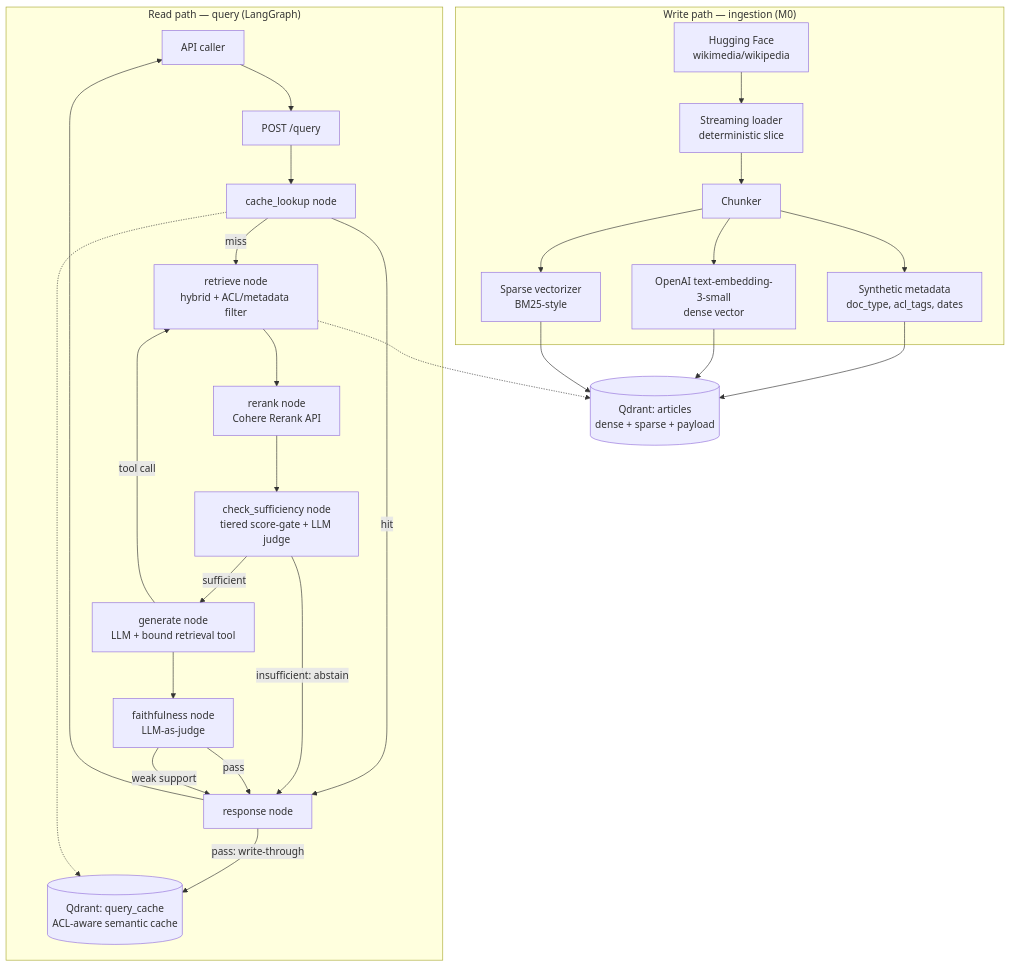
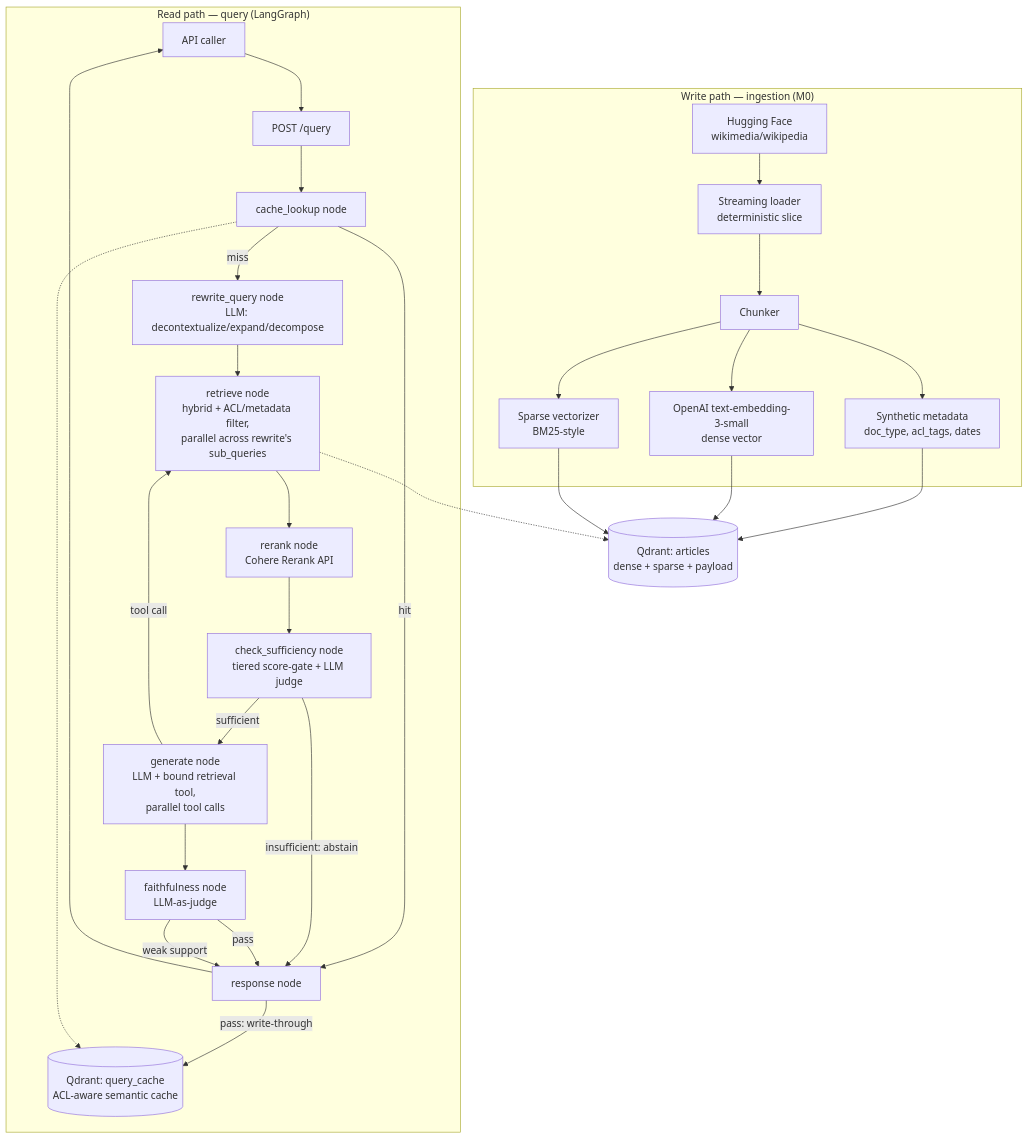
Before and after one commit to rishav91/Grounded-RAG-over-Wikipedia-articles-dataset: the first of 3 diagrams in docs/ARCHITECTURE.md, drawn with Mermaid. The commit also changed other lines of this file and 3 other files, not shown here.

First line of the commit message:
docs: M5 design — query rewriting (ADR-011) and parallel tool calls (ADR-012)

````diff
--- a/docs/ARCHITECTURE.md
+++ b/docs/ARCHITECTURE.md
@@ -33,50 +33,52 @@
 ```mermaid
 flowchart TB
     subgraph WritePath["Write path — ingestion (M0)"]
         HF["Hugging Face\nwikimedia/wikipedia"]
         Loader["Streaming loader\ndeterministic slice"]
         Chunker["Chunker"]
         Meta["Synthetic metadata\ndoc_type, acl_tags, dates"]
         Embed["OpenAI text-embedding-3-small\ndense vector"]
         Sparse["Sparse vectorizer\nBM25-style"]
 
         HF --> Loader --> Chunker --> Meta
         Chunker --> Embed
         Chunker --> Sparse
     end
 
     Articles[("Qdrant: articles\ndense + sparse + payload")]
     Cache[("Qdrant: query_cache\nACL-aware semantic cache")]
 
     Meta --> Articles
     Embed --> Articles
     Sparse --> Articles
 
     subgraph ReadPath["Read path — query (LangGraph)"]
         Client["API caller"]
         API["POST /query"]
         CacheLookup["cache_lookup node"]
-        Retrieve["retrieve node\nhybrid + ACL/metadata filter"]
+        Rewrite["rewrite_query node\nLLM: decontextualize/expand/decompose"]
+        Retrieve["retrieve node\nhybrid + ACL/metadata filter,\nparallel across rewrite's sub_queries"]
         Rerank["rerank node\nCohere Rerank API"]
         Sufficiency["check_sufficiency node\ntiered score-gate + LLM judge"]
-        Generate["generate node\nLLM + bound retrieval tool"]
+        Generate["generate node\nLLM + bound retrieval tool,\nparallel tool calls"]
         Faith["faithfulness node\nLLM-as-judge"]
         Response["response node"]
 
         Client --> API --> CacheLookup
         CacheLookup -->|hit| Response
-        CacheLookup -->|miss| Retrieve
+        CacheLookup -->|miss| Rewrite
+        Rewrite --> Retrieve
         Retrieve --> Rerank --> Sufficiency
         Sufficiency -->|sufficient| Generate
         Sufficiency -->|insufficient: abstain| Response
         Generate -->|tool call| Retrieve
         Generate --> Faith
         Faith -->|pass| Response
         Faith -->|weak support| Response
         Response -->|pass: write-through| Cache
         Response --> Client
     end
 
     CacheLookup -.-> Cache
     Retrieve -.-> Articles
 ```
````
